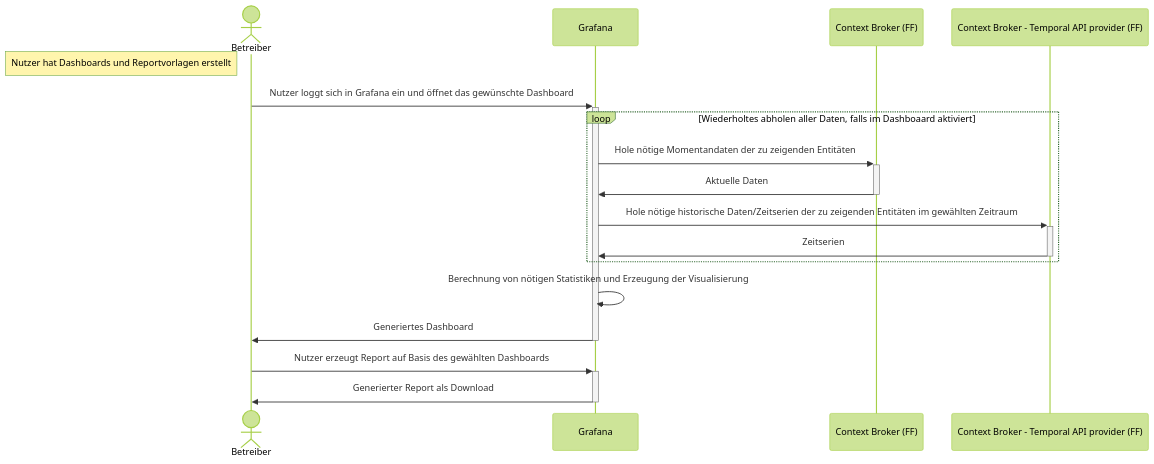
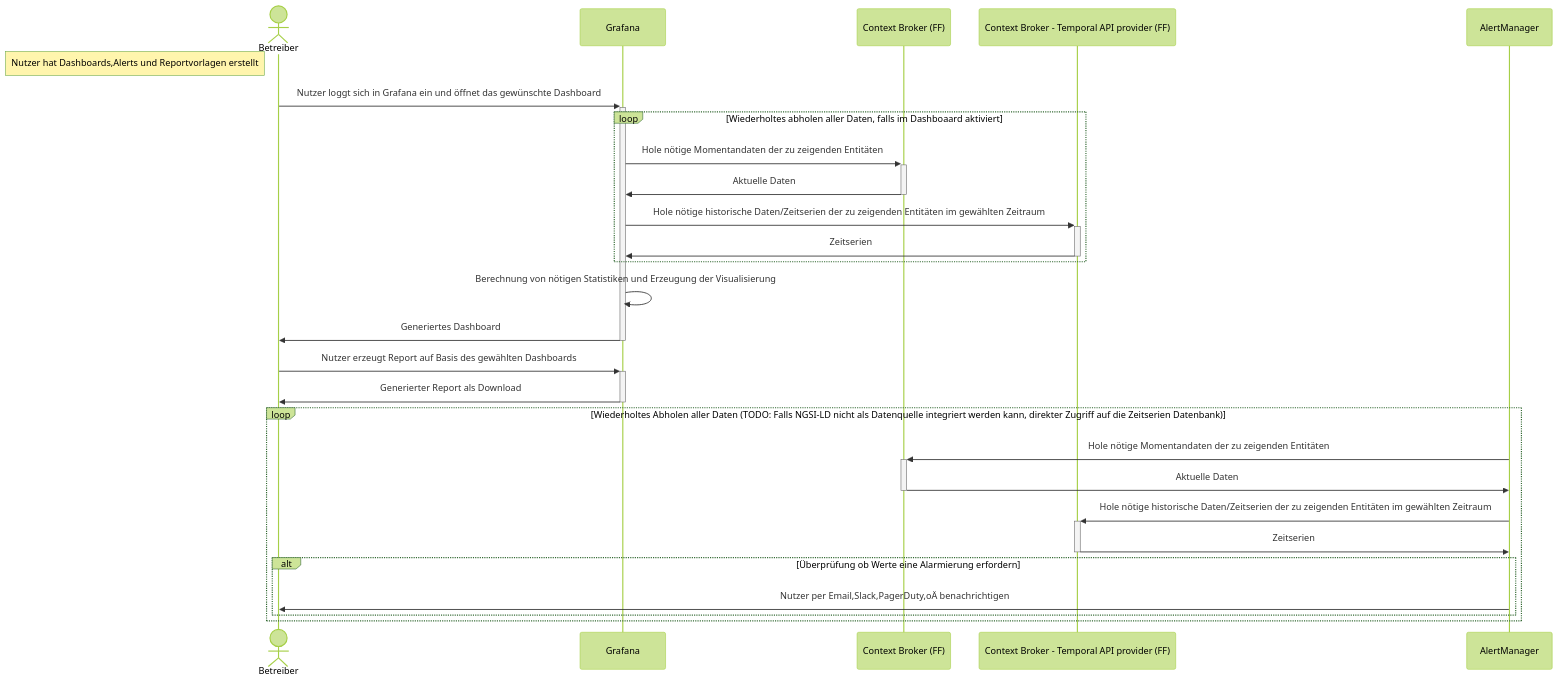
One commit to NeMo-bil/documentation changed the fifth of 5 diagrams in README.md. Above: the diagram before and after it, drawn with Mermaid (forest theme).

Commit message:
Alerting

````diff
--- a/README.md
+++ b/README.md
@@ -216,28 +216,39 @@
 ```mermaid
 sequenceDiagram
 %% auskommentieren wenn wir Details zur Kommunikation aufschreiben
 %% autonumber
 %% Benutzer definieren
 %% technische Teilnehmer/Componenten definieren
 
 actor User as Betreiber
 
 participant DASH as Grafana
 participant CB as Context Broker (FF)
 participant CBT as Context Broker - Temporal API provider (FF)
+participant AM as AlertManager
 
-Note left of User: Nutzer hat Dashboards und Reportvorlagen erstellt 
+Note left of User: Nutzer hat Dashboards,Alerts und Reportvorlagen erstellt 
 
 User->>+DASH: Nutzer loggt sich in Grafana ein und öffnet das gewünschte Dashboard
 loop Wiederholtes abholen aller Daten, falls im Dashboaard aktiviert
     DASH->>+CB: Hole nötige Momentandaten der zu zeigenden Entitäten
     CB->>-DASH: Aktuelle Daten
     DASH->>+CBT: Hole nötige historische Daten/Zeitserien der zu zeigenden Entitäten im gewählten Zeitraum
     CBT->>-DASH: Zeitserien
 end
 DASH->>DASH: Berechnung von nötigen Statistiken und Erzeugung der Visualisierung
 DASH->>-User: Generiertes Dashboard
 
 User->>+DASH: Nutzer erzeugt Report auf Basis des gewählten Dashboards
 DASH->>-User: Generierter Report als Download
+
+loop Wiederholtes Abholen aller Daten (TODO: Falls NGSI-LD nicht als Datenquelle integriert werden kann, direkter Zugriff auf die Zeitserien Datenbank)
+    AM->>+CB: Hole nötige Momentandaten der zu zeigenden Entitäten
+    CB->>-AM: Aktuelle Daten
+    AM->>+CBT: Hole nötige historische Daten/Zeitserien der zu zeigenden Entitäten im gewählten Zeitraum
+    CBT->>-AM: Zeitserien
+    alt Überprüfung ob Werte eine Alarmierung erfordern
+        AM->>User: Nutzer per Email,Slack,PagerDuty,oÄ benachrichtigen
+    end
+end
 ```
````
